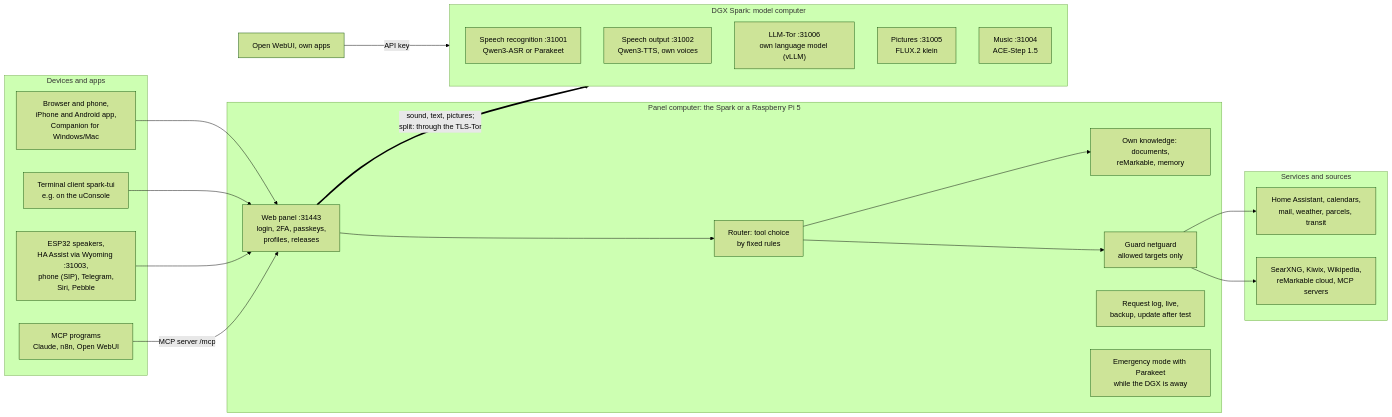
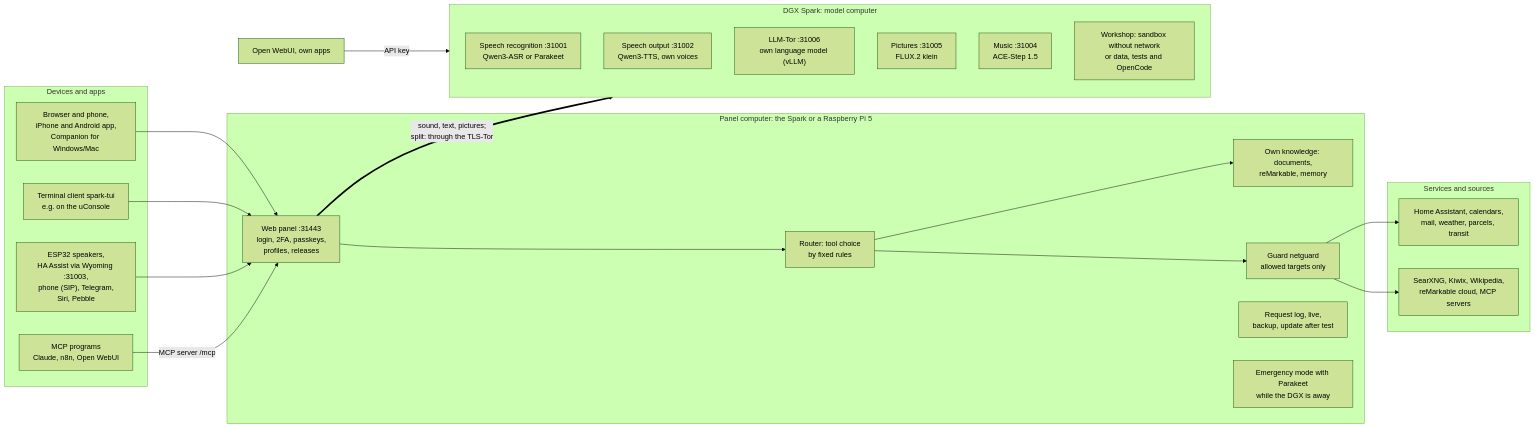
One commit to db9979/speech-on-dgx-spark changed the diagram in README.md. Above: the diagram before and after it, drawn with Mermaid (forest theme). The commit also changed other lines of this file and 14 other files, not shown here.

````diff
--- a/README.md
+++ b/README.md
@@ -58,40 +59,41 @@
 ```mermaid
 flowchart LR
   subgraph Clients["Devices and apps"]
     B["Browser and phone,<br/>iPhone and Android app,<br/>Companion for Windows/Mac"]
     T["Terminal client spark-tui<br/>e.g. on the uConsole"]
     X["ESP32 speakers,<br/>HA Assist via Wyoming :31003,<br/>phone (SIP), Telegram,<br/>Siri, Pebble"]
     M["MCP programs<br/>Claude, n8n, Open WebUI"]
   end
   subgraph Panel["Panel computer: the Spark or a Raspberry Pi 5"]
     G["Web panel :31443<br/>login, 2FA, passkeys,<br/>profiles, releases"]
     R["Router: tool choice<br/>by fixed rules"]
     K["Own knowledge: documents,<br/>reMarkable, memory"]
     S["Guard netguard<br/>allowed targets only"]
     LOG["Request log, live,<br/>backup, update after test"]
     NB["Emergency mode with Parakeet<br/>while the DGX is away"]
   end
   subgraph Spark["DGX Spark: model computer"]
     ASR["Speech recognition :31001<br/>Qwen3-ASR or Parakeet"]
     TTS["Speech output :31002<br/>Qwen3-TTS, own voices"]
     LLM["LLM-Tor :31006<br/>own language model (vLLM)"]
     IMG["Pictures :31005<br/>FLUX.2 klein"]
     MUS["Music :31004<br/>ACE-Step 1.5"]
+    WS["Workshop: sandbox without network<br/>or data, tests and OpenCode"]
   end
   subgraph Out["Services and sources"]
     E["Home Assistant, calendars,<br/>mail, weather, parcels, transit"]
     Q["SearXNG, Kiwix, Wikipedia,<br/>reMarkable cloud, MCP servers"]
   end
   A["Open WebUI, own apps"]
   B --> G
   T --> G
   X --> G
   M -->|"MCP server /mcp"| G
   G --> R
   R --> K
   R --> S
   S --> E
   S --> Q
   G ==>|"sound, text, pictures;<br/>split: through the TLS-Tor"| Spark
   A -->|"API key"| Spark
 ```
````
